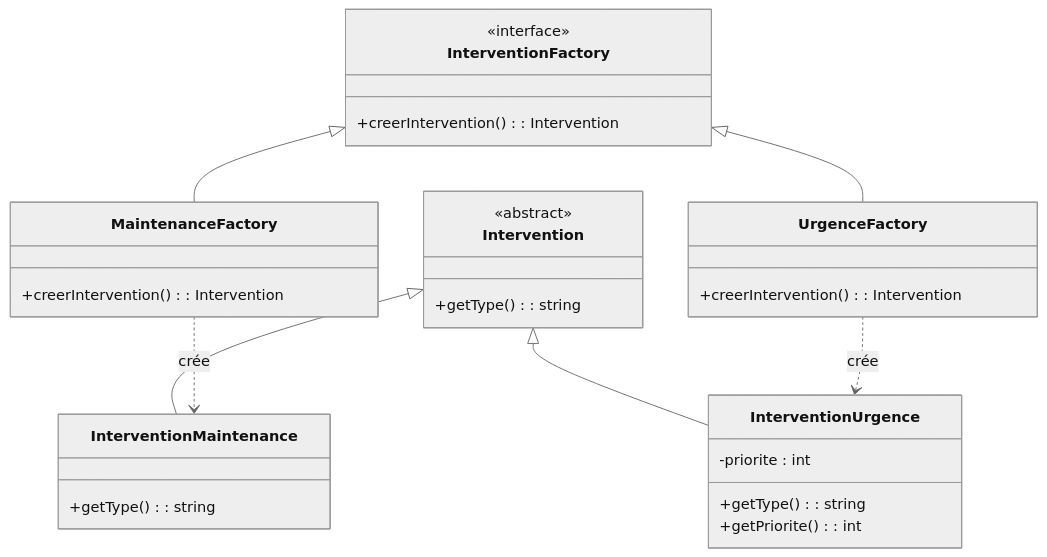
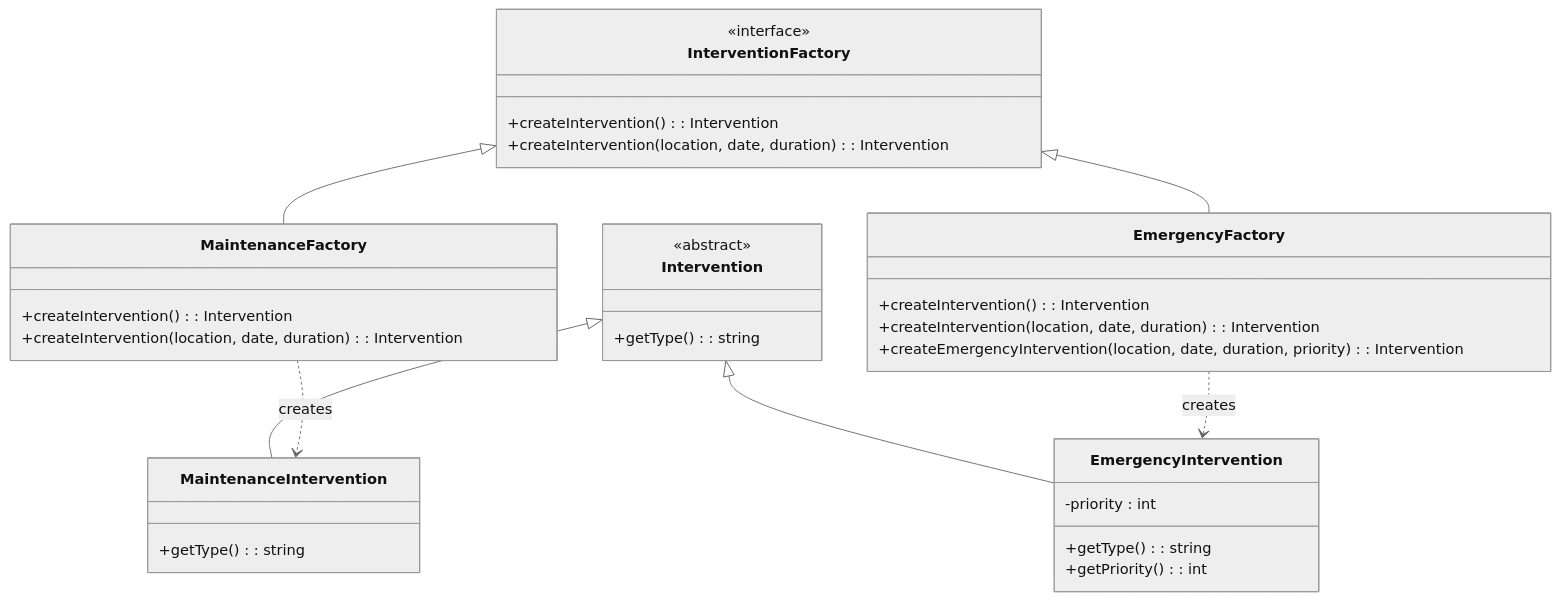
Before and after one commit to Krys012/TechInterventionPlanner: the first of 6 diagrams in README.md, drawn with Mermaid (neutral theme). The commit also changed other lines of this file and 1 other file, not shown here.

````diff
--- a/README.md
+++ b/README.md
@@ -23,33 +23,37 @@
 ```mermaid
 classDiagram
-    class InterventionFactory {
-        <<interface>>
-        +creerIntervention() : Intervention
-    }
-    class MaintenanceFactory {
-        +creerIntervention() : Intervention
-    }
-    class UrgenceFactory {
-        +creerIntervention() : Intervention
-    }
-    class Intervention {
-        <<abstract>>
-        +getType() : string
-    }
-    class InterventionMaintenance {
-        +getType() : string
-    }
-    class InterventionUrgence {
-        -priorite : int
-        +getType() : string
-        +getPriorite() : int
-    }
-    
-    InterventionFactory <|-- MaintenanceFactory
-    InterventionFactory <|-- UrgenceFactory
-    Intervention <|-- InterventionMaintenance
-    Intervention <|-- InterventionUrgence
-    
-    MaintenanceFactory ..> InterventionMaintenance : crée
-    UrgenceFactory ..> InterventionUrgence : crée
+  class InterventionFactory {
+    <<interface>>
+    +createIntervention() : Intervention
+    +createIntervention(location, date, duration) : Intervention
+  }
+  class MaintenanceFactory {
+    +createIntervention() : Intervention
+    +createIntervention(location, date, duration) : Intervention
+  }
+  class EmergencyFactory {
+    +createIntervention() : Intervention
+    +createIntervention(location, date, duration) : Intervention
+    +createEmergencyIntervention(location, date, duration, priority) : Intervention
+  }
+  class Intervention {
+    <<abstract>>
+    +getType() : string
+  }
+  class MaintenanceIntervention {
+    +getType() : string
+  }
+  class EmergencyIntervention {
+    -priority : int
+    +getType() : string
+    +getPriority() : int
+  }
+
+  InterventionFactory <|-- MaintenanceFactory
+  InterventionFactory <|-- EmergencyFactory
+  Intervention <|-- MaintenanceIntervention
+  Intervention <|-- EmergencyIntervention
+
+  MaintenanceFactory ..> MaintenanceIntervention : creates
+  EmergencyFactory ..> EmergencyIntervention : creates
 ```
````
